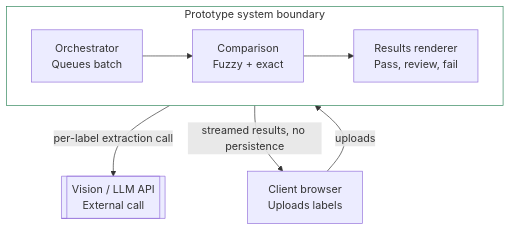
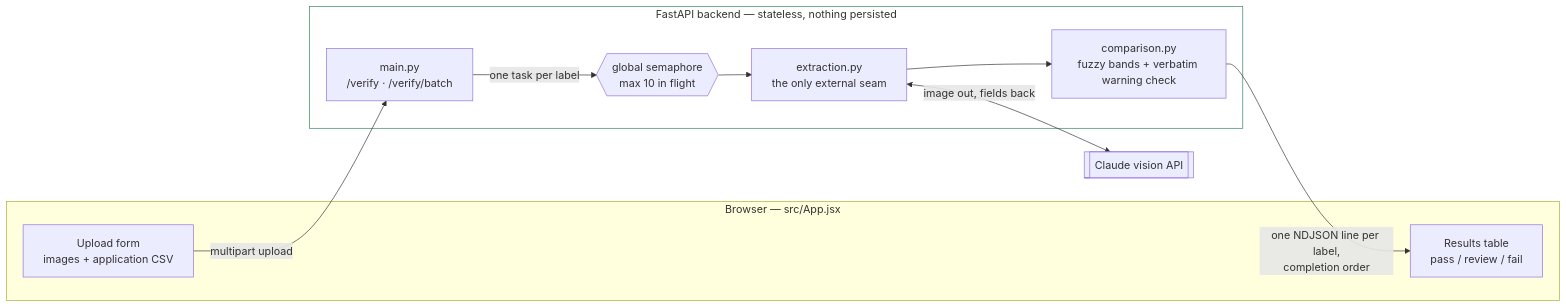
Before and after one commit to JBTreasury/treasury_take_home_assessment: the diagram in README.md, drawn with Mermaid. The commit also changed other lines of this file and 5 other files, not shown here.

````diff
--- a/README.md
+++ b/README.md
@@ -98,19 +78,25 @@
 ```mermaid
-flowchart TB
-    client["Client browser<br/>Uploads labels"]
-    vision[["Vision / LLM API<br/>External call"]]
-
-    subgraph boundary["Prototype system boundary"]
-        direction LR
-        orch["Orchestrator<br/>Queues batch"]
-        comp["Comparison<br/>Fuzzy + exact"]
-        results["Results renderer<br/>Pass, review, fail"]
-        orch --> comp --> results
+flowchart LR
+    subgraph client["Browser — src/App.jsx"]
+        form["Upload form<br/>images + application CSV"]
+        table["Results table<br/>pass / review / fail"]
     end
 
-    client -- "uploads" --> orch
-    orch -- "per-label extraction call" --> vision
-    results -- "streamed results, no persistence" --> client
+    subgraph backend["FastAPI backend — stateless, nothing persisted"]
+        api["main.py<br/>/verify · /verify/batch"]
+        sem{{"global semaphore<br/>max 10 in flight"}}
+        extract["extraction.py<br/>the only external seam"]
+        comp["comparison.py<br/>fuzzy bands + verbatim warning check"]
+    end
 
-    style boundary fill:#ffffff,stroke:#2f855a,stroke-width:1px
+    vision[["Claude vision API"]]
+
+    form -- "multipart upload" --> api
+    api -- "one task per label" --> sem
+    sem --> extract
+    extract <-- "image out, fields back" --> vision
+    extract --> comp
+    comp -- "one NDJSON line per label,<br/>completion order" --> table
+
+    style backend fill:#ffffff,stroke:#2f855a,stroke-width:1px
 ```
````
